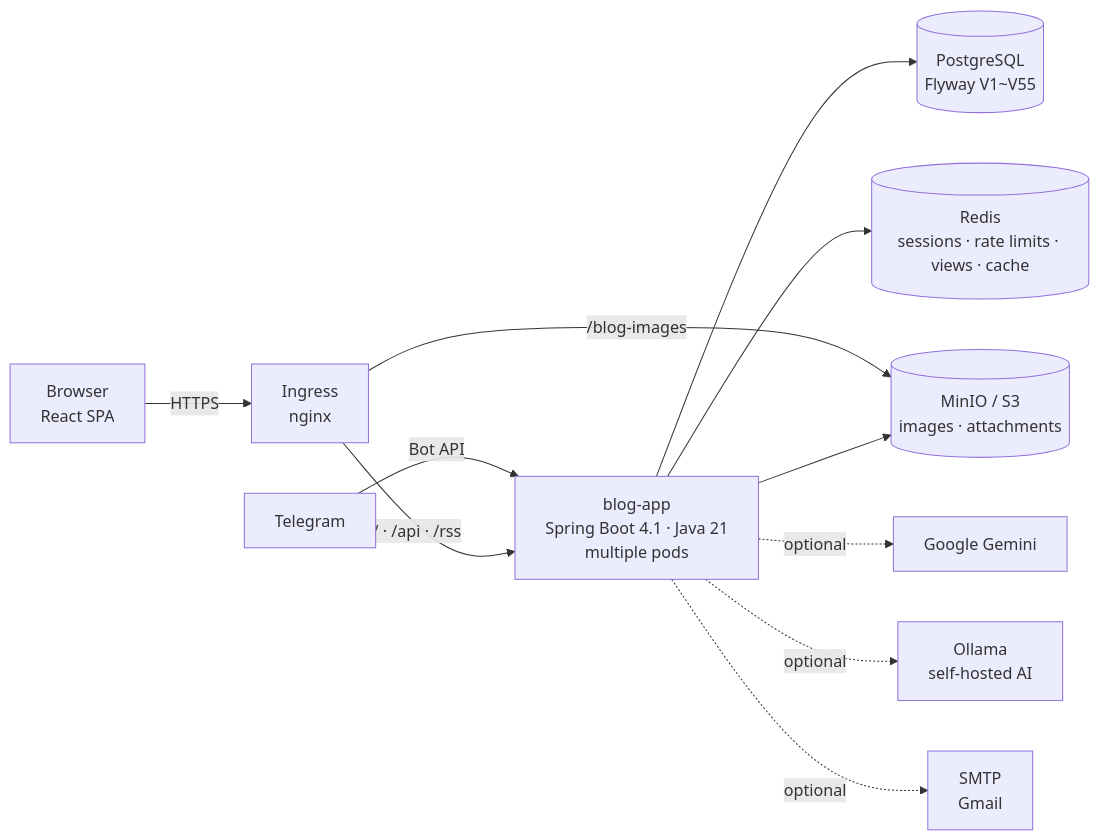
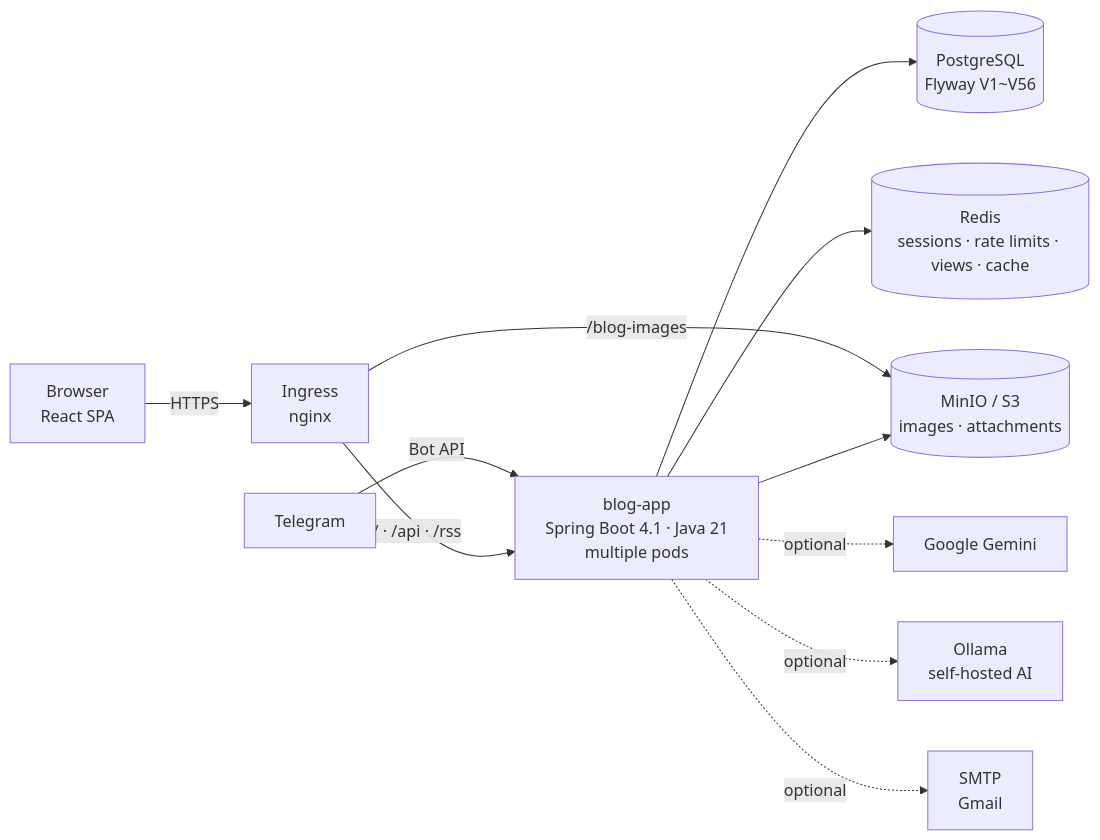
Before and after one commit to AIGJ-01-002-blog/devlog: the first of 3 diagrams in README.en.md, drawn with Mermaid. The commit also changed other lines of this file and 21 other files, not shown here.

````diff
--- a/README.en.md
+++ b/README.en.md
@@ -163,13 +163,13 @@
 ```mermaid
 flowchart LR
     B[Browser<br/>React SPA] -->|HTTPS| I[Ingress<br/>nginx]
     T[Telegram] -->|Bot API| A
     I -->|/ · /api · /rss| A[blog-app<br/>Spring Boot 4.1 · Java 21<br/>multiple pods]
     I -->|/blog-images| M[(MinIO / S3<br/>images · attachments)]
-    A --> P[(PostgreSQL<br/>Flyway V1~V55)]
+    A --> P[(PostgreSQL<br/>Flyway V1~V56)]
     A --> R[(Redis<br/>sessions · rate limits · views · cache)]
     A --> M
     A -.optional.-> G[Google Gemini]
     A -.optional.-> O[Ollama<br/>self-hosted AI]
     A -.optional.-> S[SMTP<br/>Gmail]
 ```
````
